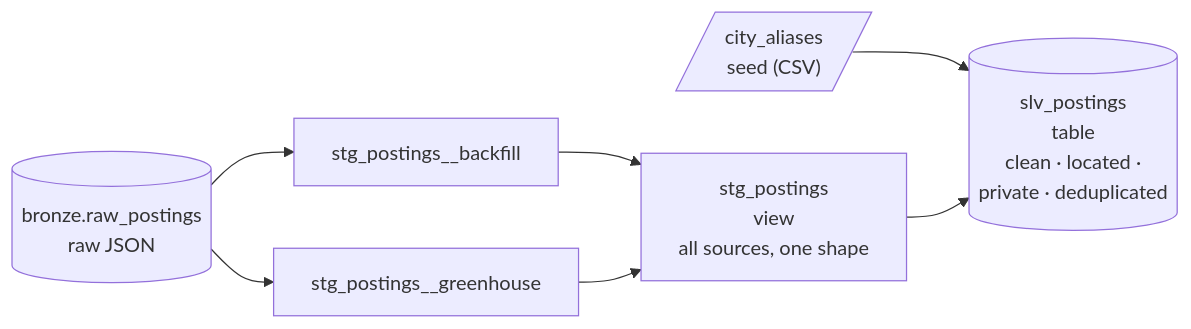
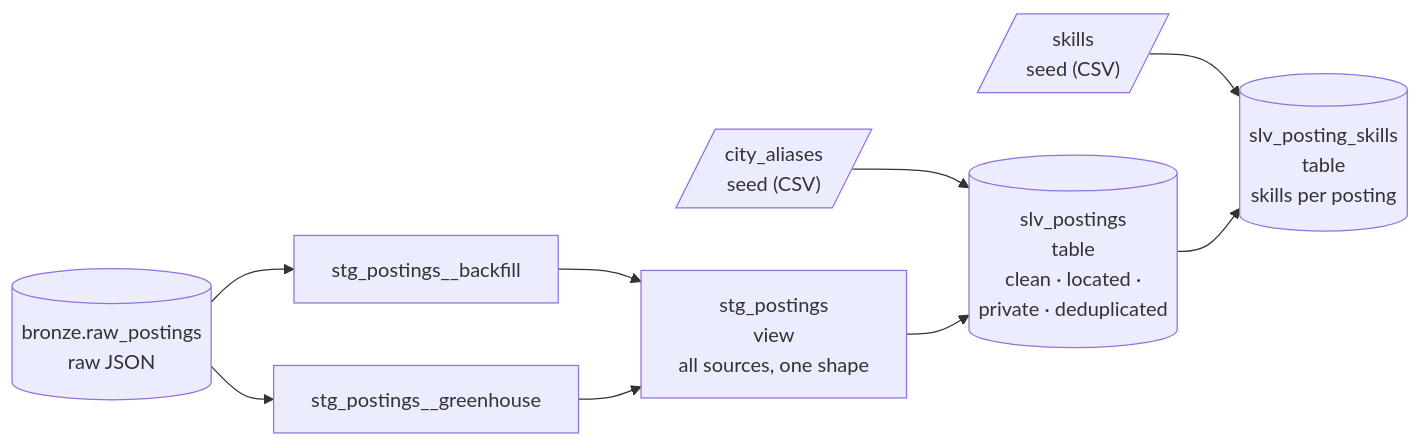
One commit to vvanurag/job-market-assistant changed the diagram in docs/pipeline/silver.md. Above: the diagram before and after it, drawn with Mermaid. The commit also changed other lines of this file and 6 other files, not shown here.

First line of the commit message:
Add skill extraction to Silver and a topics column to the roadmap

````diff
--- a/docs/pipeline/silver.md
+++ b/docs/pipeline/silver.md
@@ -15,7 +15,9 @@
 ```mermaid
 flowchart LR
     B[("bronze.raw_postings<br/>raw JSON")] --> S1["stg_postings__backfill"] & S2["stg_postings__greenhouse"]
     S1 & S2 --> S["stg_postings<br/>view<br/>all sources, one shape"]
     A[/"city_aliases<br/>seed (CSV)"/] --> P
     S --> P[("slv_postings<br/>table<br/>clean · located ·<br/>private · deduplicated")]
+    K[/"skills<br/>seed (CSV)"/] --> PS
+    P --> PS[("slv_posting_skills<br/>table<br/>skills per posting")]
 ```
````
